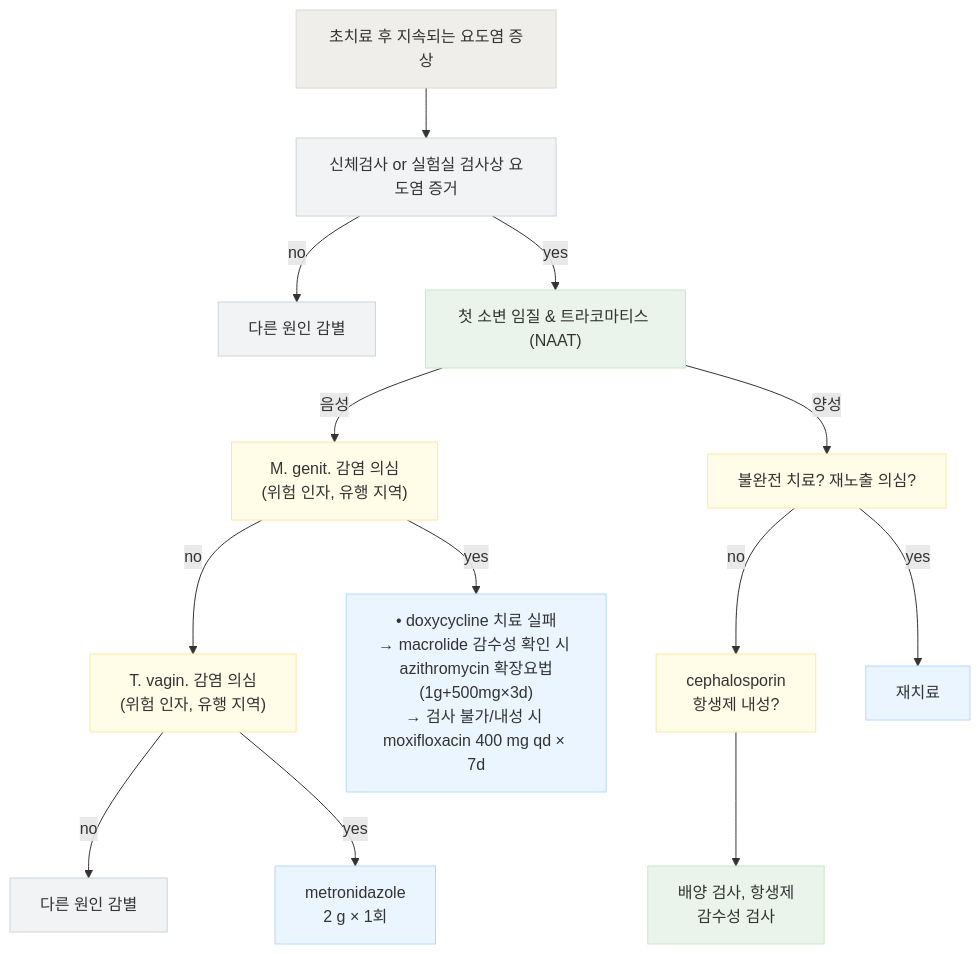
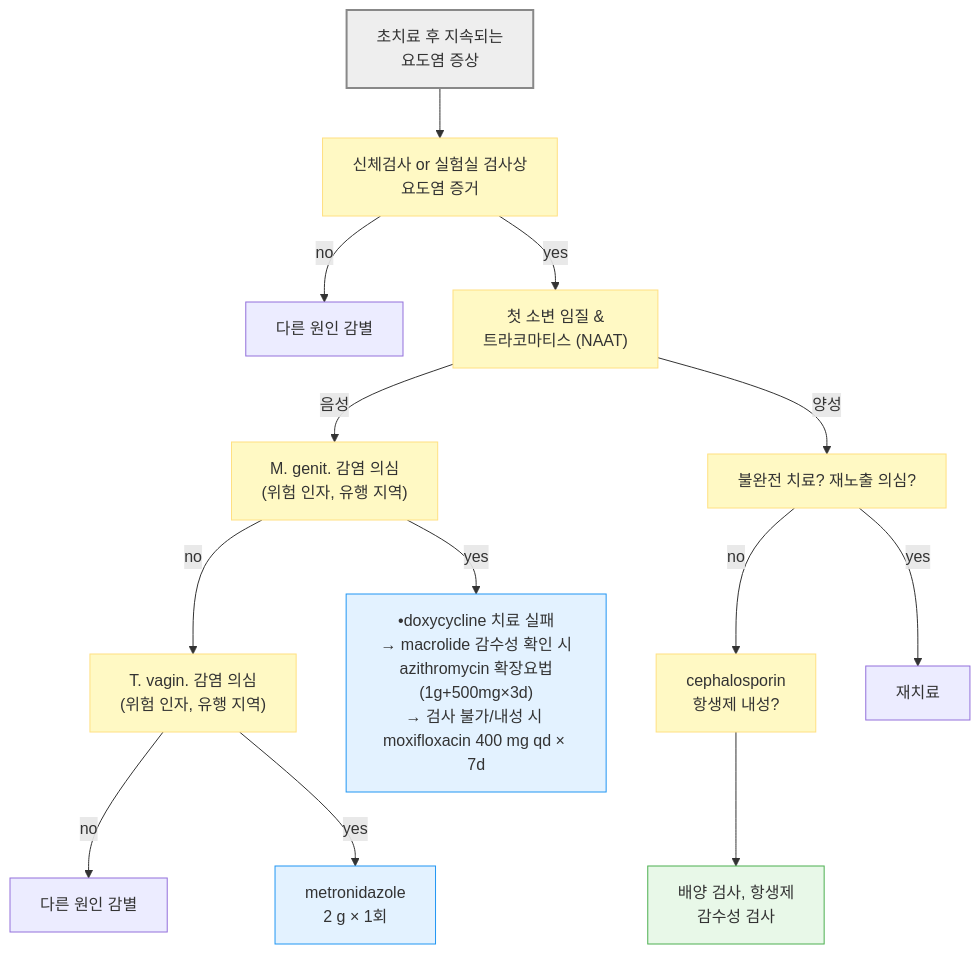
Before and after one commit to familyoh77/familyoh77: the diagram in 227_/115_-urethritis.md, drawn with Mermaid. The commit also changed other lines of this file, not shown here.

````diff
--- a/227_/115_-urethritis.md
+++ b/227_/115_-urethritis.md
@@ -140,34 +141,24 @@
 ```mermaid
 flowchart TD
-    Start["초치료 후 지속되는 요도염 증상"] --> A["신체검사 or 실험실 검사상 요도염 증거"]
-
+    Start["초치료 후 지속되는 <br/>요도염 증상"] 
+--> A["신체검사 or 실험실 검사상 <br/>요도염 증거"]
     A -- no --> B["다른 원인 감별"]
-    A -- yes --> C["첫 소변 임질 & 트라코마티스 (NAAT)"]
-
+    A -- yes --> C["첫 소변 임질 & <br/>트라코마티스 (NAAT)"]
     C -- 음성 --> D["M. genit. 감염 의심<br>(위험 인자, 유행 지역)"]
     C -- 양성 --> E["불완전 치료? 재노출 의심?"]
-
     D -- no --> F["T. vagin. 감염 의심<br>(위험 인자, 유행 지역)"]
-    D -- yes --> G["• doxycycline 치료 실패<br>→ macrolide 감수성 확인 시 azithromycin 확장요법(1g+500mg×3d)<br>→ 검사 불가/내성 시 moxifloxacin 400 mg qd × 7d"]
-
+    D -- yes --> G["•doxycycline 치료 실패<br>→ macrolide 감수성 확인 시<br/>azithromycin 확장요법<br/>(1g+500mg×3d)<br>→ 검사 불가/내성 시 <br/>moxifloxacin 400 mg qd × 7d"]
     F -- no --> H["다른 원인 감별"]
     F -- yes --> I["metronidazole<br>2 g × 1회"]
-
     E -- no --> J["cephalosporin<br>항생제 내성?"]
     E -- yes --> K["재치료"]
-
     J --> L["배양 검사, 항생제<br>감수성 검사"]
 
-    %% Styling
-    classDef start fill:#f0eeeb,stroke:#dcd8d0,color:#333;
-    classDef gray fill:#f1f3f5,stroke:#ced4da,color:#333;
-    classDef green fill:#eaf4eb,stroke:#c8e6ca,color:#333;
-    classDef yellow fill:#fffce8,stroke:#fbe8a6,color:#333;
-    classDef blue fill:#ebf5ff,stroke:#b3d8ff,color:#333;
+style Start fill:#eeeeee,stroke:#888888,stroke-width:2px
+classDef yellow fill:#fff9c4,stroke:#ffe082
+class A,C,E,D,F,J yellow
+classDef sky fill:#e3f2ff,stroke:#2196f3
+class G,I sky
+style L fill:#e8f8e8,stroke:#4caf50
 
-    class Start start;
-    class A,B,H gray;
-    class C,L green;
-    class D,E,F,J yellow;
-    class G,I,K blue;
 ```
````
